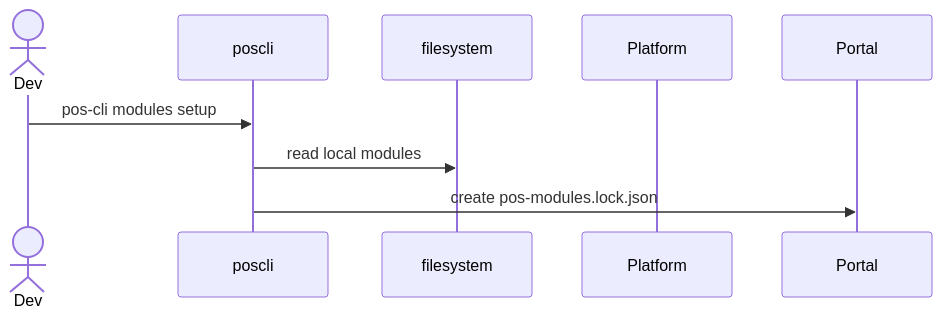
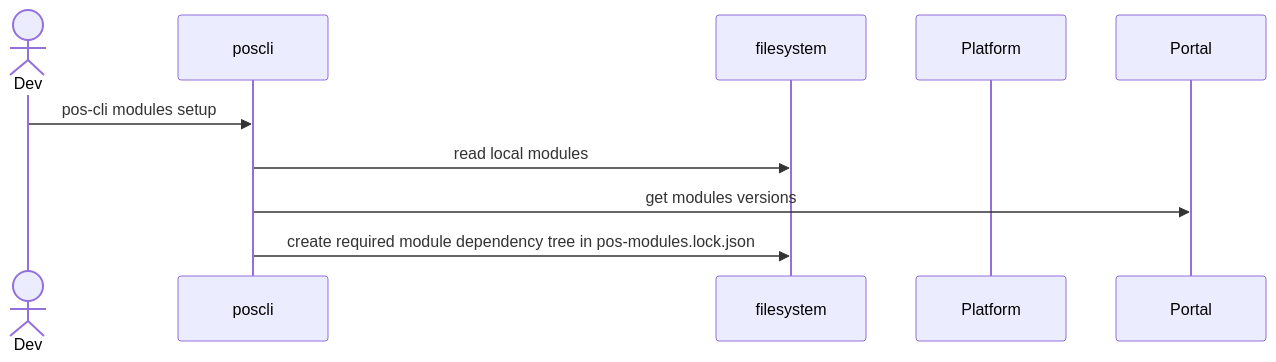
Before and after one commit to Platform-OS/pos-cli: the first of 3 diagrams in bin/modules.md, drawn with Mermaid. The commit also changed other lines of this file, not shown here.

Commit message:
Update diagrams

````diff
--- a/bin/modules.md
+++ b/bin/modules.md
@@ -3,11 +5,12 @@
 ```mermaid
 sequenceDiagram
     actor Dev
     participant poscli
     participant filesystem
     participant Platform
     participant Portal
     Dev->>poscli: pos-cli modules setup
     poscli->>filesystem: read local modules
-    poscli->>Portal: create pos-modules.lock.json
+    poscli->>Portal: get modules versions
+    poscli->>filesystem: create required module dependency tree in pos-modules.lock.json
 ```
````
